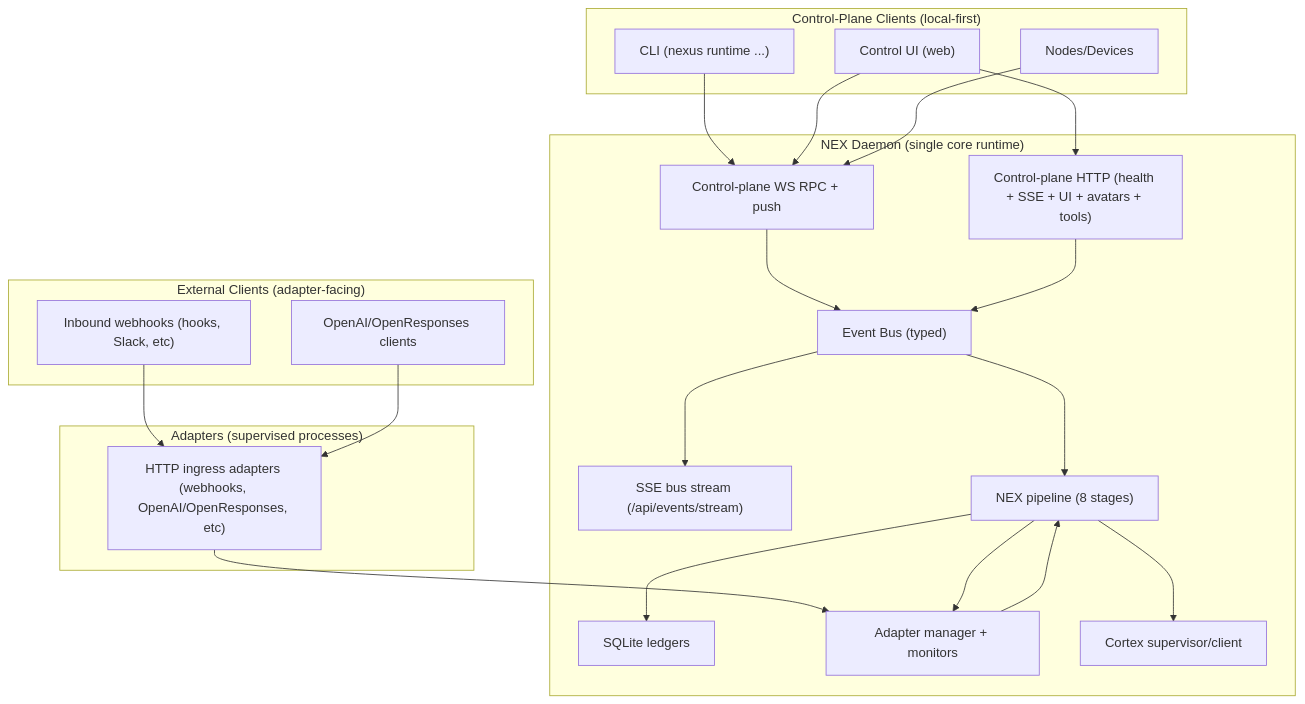
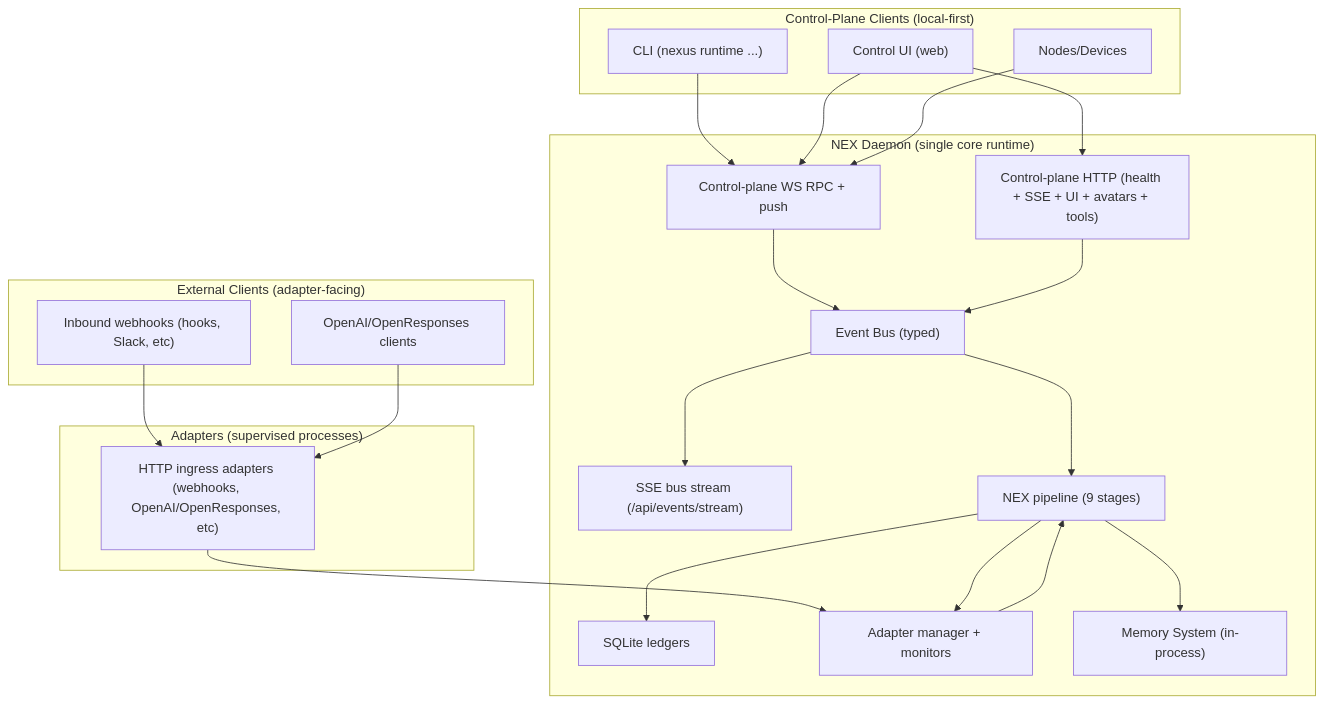
The diagram in nexus-specs/specs/runtime/nex/CONTROL_PLANE.md (Napageneral/nexus-monorepo), drawn with Mermaid before and after one commit. The commit also changed other lines of this file and 142 other files, not shown here.

````diff
--- a/nexus-specs/specs/runtime/nex/CONTROL_PLANE.md
+++ b/nexus-specs/specs/runtime/nex/CONTROL_PLANE.md
@@ -67,46 +67,46 @@
 ```mermaid
 graph TB
   subgraph "Control-Plane Clients (local-first)"
     CLI["CLI (nexus runtime ...)"]
     UI["Control UI (web)"]
     Nodes["Nodes/Devices"]
   end
 
   subgraph "External Clients (adapter-facing)"
     Webhooks["Inbound webhooks (hooks, Slack, etc)"]
     API["OpenAI/OpenResponses clients"]
   end
 
   subgraph "Adapters (supervised processes)"
     Ingress["HTTP ingress adapters (webhooks, OpenAI/OpenResponses, etc)"]
   end
 
   subgraph "NEX Daemon (single core runtime)"
     CPWS["Control-plane WS RPC + push"]
     CPHTTP["Control-plane HTTP (health + SSE + UI + avatars + tools)"]
     SSE["SSE bus stream (/api/events/stream)"]
     Bus["Event Bus (typed)"]
-    Pipe["NEX pipeline (8 stages)"]
+    Pipe["NEX pipeline (9 stages)"]
     Ledgers["SQLite ledgers"]
     AdapterMgr["Adapter manager + monitors"]
-    Cortex["Cortex supervisor/client"]
+    Memory["Memory System (in-process)"]
   end
 
   CLI --> CPWS
   UI --> CPWS
   Nodes --> CPWS
   UI --> CPHTTP
 
   Webhooks --> Ingress
   API --> Ingress
   Ingress --> AdapterMgr
 
   CPWS --> Bus
   CPHTTP --> Bus
   Bus --> SSE
   Bus --> Pipe
   AdapterMgr --> Pipe
   Pipe --> Ledgers
   Pipe --> AdapterMgr
-  Pipe --> Cortex
+  Pipe --> Memory
 ```
````
